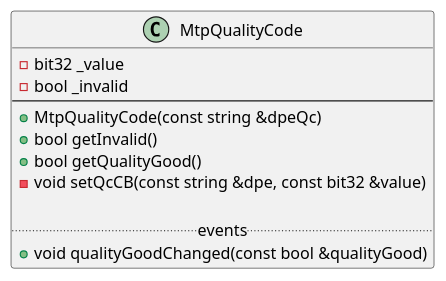
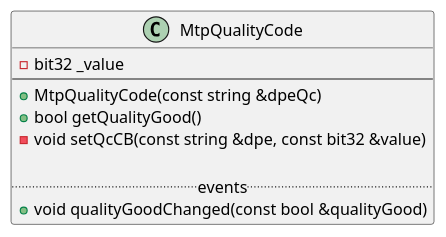
Before and after one commit to winccoa/winccoa-ae-ctrl-mtpimporter: the diagram in source/Hilfsklassen/ViewModel/MtpQualityCode.puml, drawn with PlantUML. The commit also changed 3 other files, not shown here.

Commit message:
chore: helper classes classdiagrams updated

```diff
--- a/source/Hilfsklassen/ViewModel/MtpQualityCode.puml
+++ b/source/Hilfsklassen/ViewModel/MtpQualityCode.puml
@@ -1,14 +1,12 @@
 @startuml
 class MtpQualityCode {
     - bit32 _value
-    - bool _invalid
 --
     + MtpQualityCode(const string &dpeQc)
-    + bool getInvalid()
     + bool getQualityGood()
     - void setQcCB(const string &dpe, const bit32 &value)
 
     ..events..
     + void qualityGoodChanged(const bool &qualityGood)
 }
 @enduml
```
